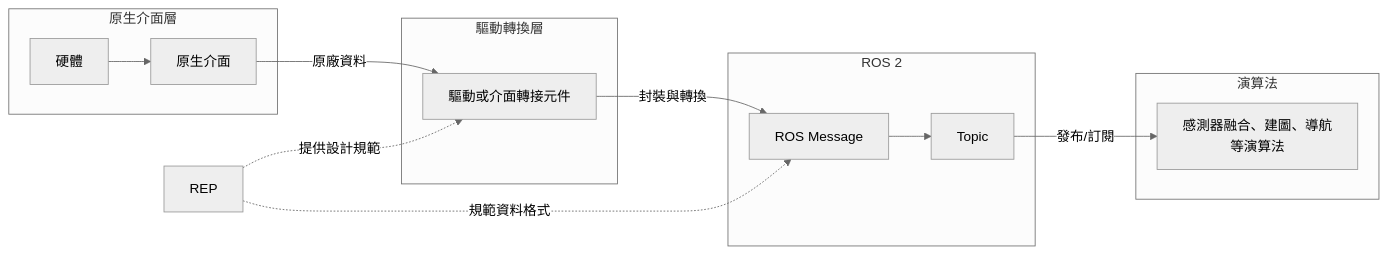
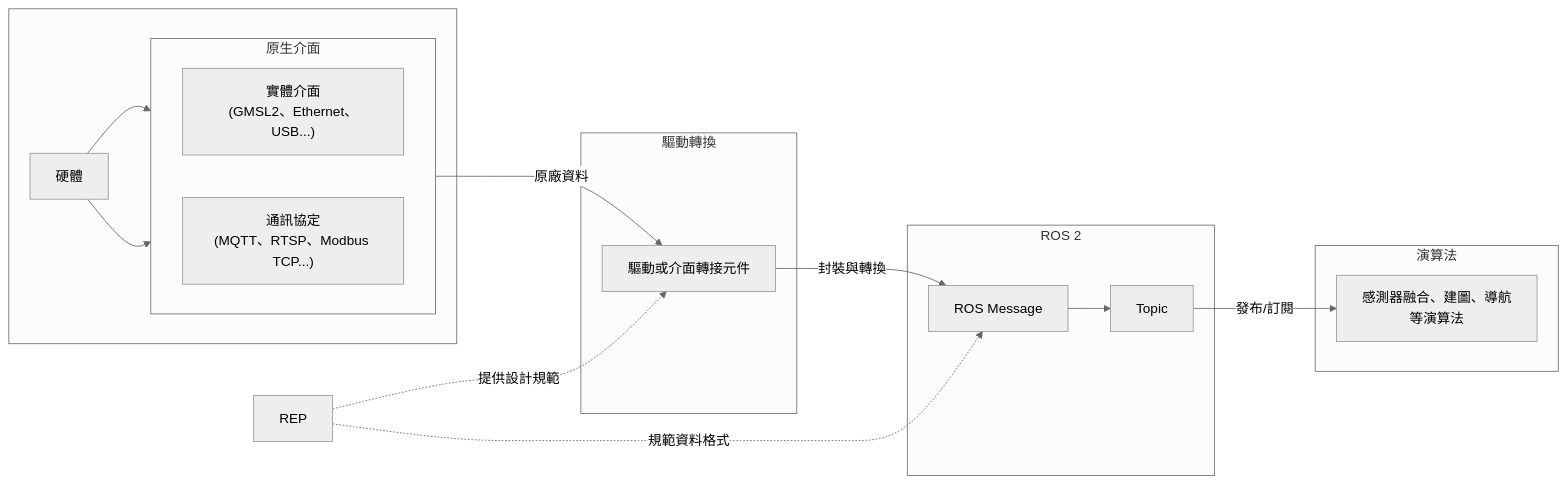
One commit to weilingwu772/guide-repo changed the first of 2 diagrams in CH1-3_ROS_2_engineering_standards_for_sensor_fusion.md. Above: the diagram before and after it, drawn with Mermaid (neutral theme). The commit also changed other lines of this file, not shown here.

Commit message:
docs: update CH1-3 native interface diagram and text

````diff
--- a/CH1-3_ROS_2_engineering_standards_for_sensor_fusion.md
+++ b/CH1-3_ROS_2_engineering_standards_for_sensor_fusion.md
@@ -9,31 +9,38 @@
 ```mermaid
 flowchart LR
-    subgraph HW["原生介面層"]
+    subgraph HW[" "]
         S["硬體"]
-        NI["原生介面"]
-        S --> NI
+
+        subgraph NI["原生介面"]
+            direction LR
+            HI["實體介面<br/>(GMSL2、Ethernet、USB...)"]
+            CP["通訊協定<br/>(MQTT、RTSP、Modbus TCP...)"]
+        end
+
+        S --> HI
+        S --> CP
     end
 
-    subgraph CONV["驅動轉換層"]
+    subgraph CONV["驅動轉換"]
         DA["驅動或介面轉接元件"]
     end
 
     subgraph ROS["ROS 2"]
         MSG["ROS Message"]
         TOPIC["Topic"]
         MSG --> TOPIC
     end
 
     subgraph APP["演算法"]
         ALG["感測器融合、建圖、導航<br/>等演算法"]
     end
 
     NI -->|"原廠資料"| DA
     DA -->|"封裝與轉換"| MSG
     TOPIC -->|"發布/訂閱"| ALG
 
     REP["REP"]
 
     REP -.->|"提供設計規範"| DA
     REP -.->|"規範資料格式"| MSG
 ```
````
